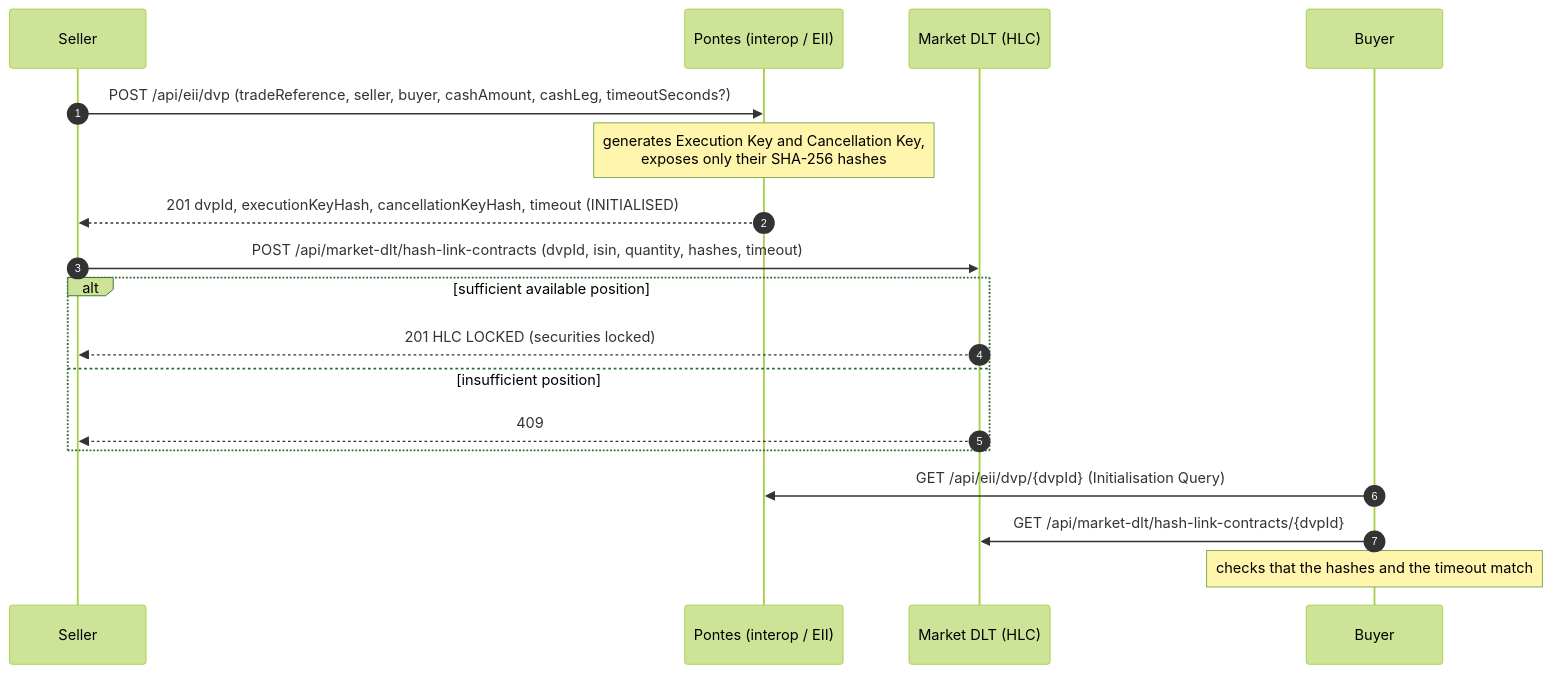
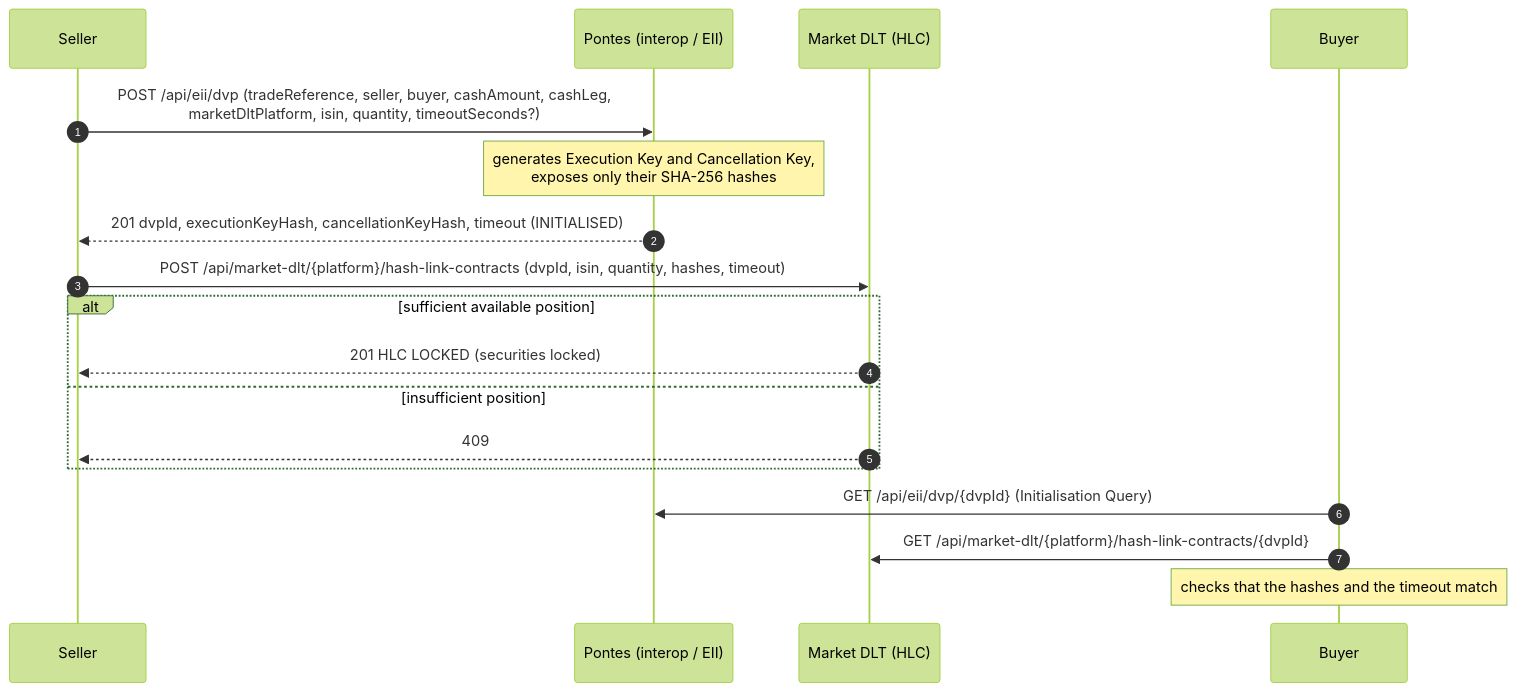
One commit to Bonnai2112/pontes-dlt-settlement changed the second of 5 diagrams in README.md. Above: the diagram before and after it, drawn with Mermaid (forest theme). The commit also changed other lines of this file and 69 other files, not shown here.

First line of the commit message:
Market DLT platforms on Besu with ERC-3643 securities (#1)

````diff
--- a/README.md
+++ b/README.md
@@ -118,20 +127,20 @@
 ```mermaid
 sequenceDiagram
     autonumber
     participant V as Seller
     participant EII as Pontes (interop / EII)
     participant MK as Market DLT (HLC)
     participant A as Buyer
-    V->>EII: POST /api/eii/dvp (tradeReference, seller, buyer, cashAmount, cashLeg, timeoutSeconds?)
+    V->>EII: POST /api/eii/dvp (tradeReference, seller, buyer, cashAmount, cashLeg,<br/>marketDltPlatform, isin, quantity, timeoutSeconds?)
     Note over EII: generates Execution Key and Cancellation Key,<br/>exposes only their SHA-256 hashes
     EII-->>V: 201 dvpId, executionKeyHash, cancellationKeyHash, timeout (INITIALISED)
-    V->>MK: POST /api/market-dlt/hash-link-contracts (dvpId, isin, quantity, hashes, timeout)
+    V->>MK: POST /api/market-dlt/{platform}/hash-link-contracts (dvpId, isin, quantity, hashes, timeout)
     alt sufficient available position
         MK-->>V: 201 HLC LOCKED (securities locked)
     else insufficient position
         MK-->>V: 409
     end
     A->>EII: GET /api/eii/dvp/{dvpId} (Initialisation Query)
-    A->>MK: GET /api/market-dlt/hash-link-contracts/{dvpId}
+    A->>MK: GET /api/market-dlt/{platform}/hash-link-contracts/{dvpId}
     Note over A: checks that the hashes and the timeout match
 ```
````
